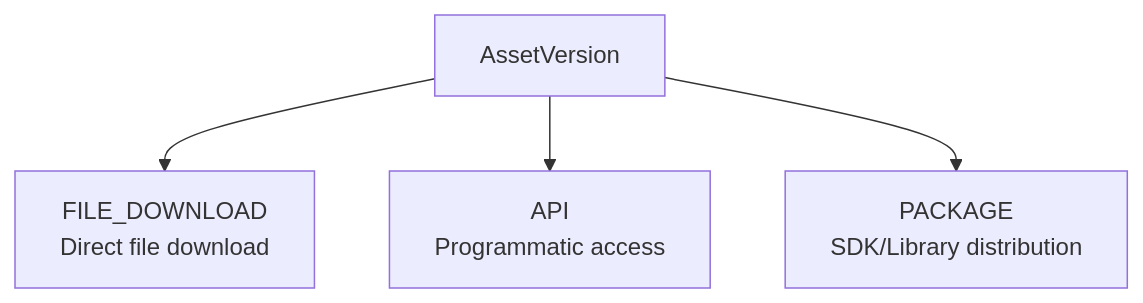
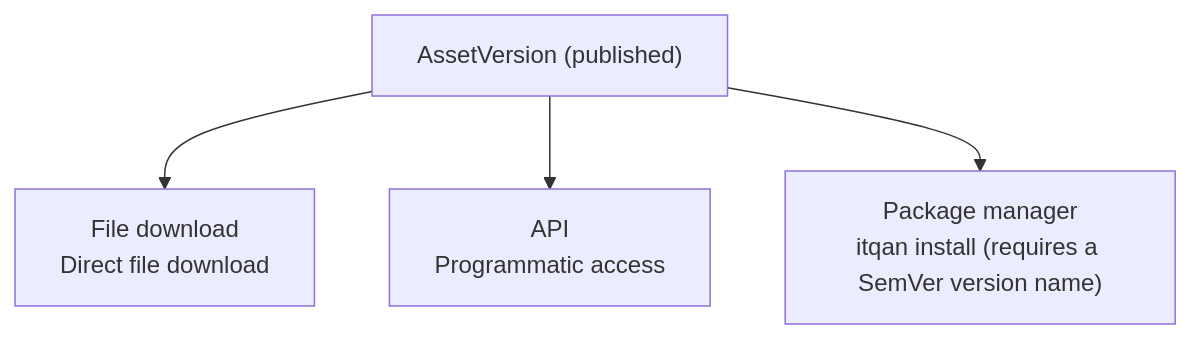
Before and after one commit to Itqan-community/cms-backend: the fifth of 8 diagrams in docs/ARCHITECTURE.md, drawn with Mermaid. The commit also changed other lines of this file and 14 other files, not shown here.

First line of the commit message:
refactor(package-manager): remove the Distribution model

````diff
--- a/docs/ARCHITECTURE.md
+++ b/docs/ARCHITECTURE.md
@@ -444,8 +444,8 @@
 ```mermaid
 flowchart TB
-    AV["AssetVersion"]
+    AV["AssetVersion (published)"]
 
-    AV --> D1["FILE_DOWNLOAD<br/>Direct file download"]
+    AV --> D1["File download<br/>Direct file download"]
     AV --> D2["API<br/>Programmatic access"]
-    AV --> D3["PACKAGE<br/>SDK/Library distribution"]
+    AV --> D3["Package manager<br/>itqan install (requires a SemVer version name)"]
 ```
````
